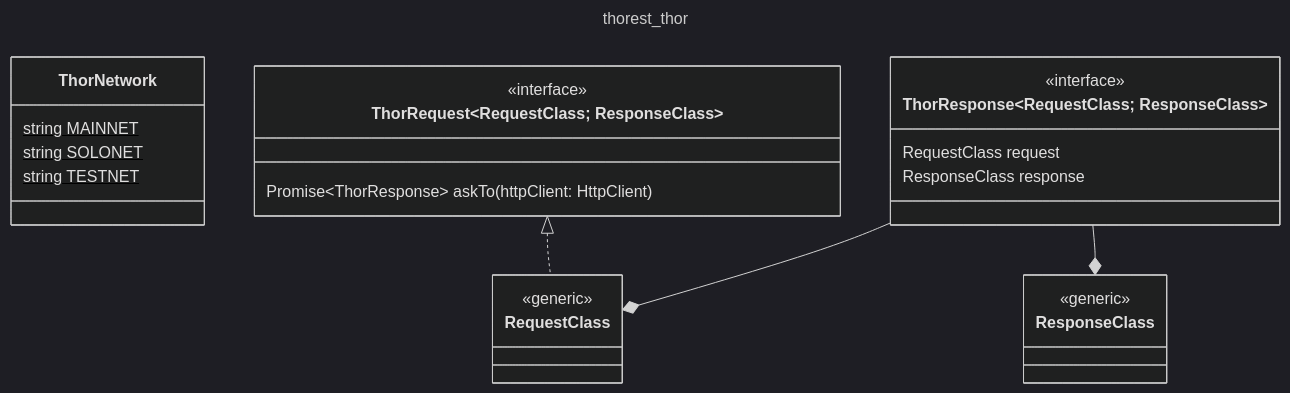
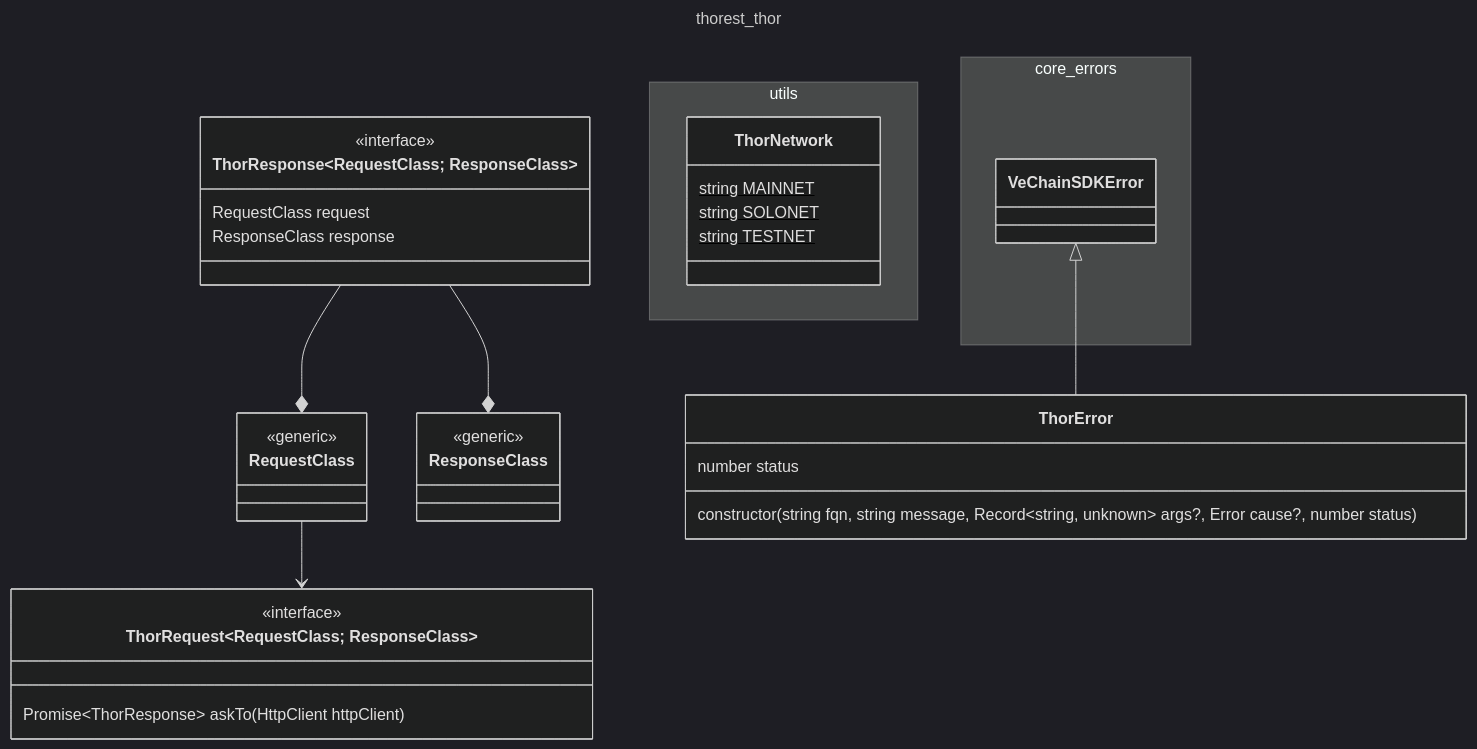
The diagram in docs/thorest/thor/thor.mmd (vechain/vechain-sdk-js), drawn with Mermaid (dark theme) before and after one commit. The commit also changed 3 other files, not shown here.

```diff
--- a/docs/thorest/thor/thor.mmd
+++ b/docs/thorest/thor/thor.mmd
@@ -1,28 +1,39 @@
 ---
 title: thorest_thor
 ---
 classDiagram
+    namespace core_errors {
+        class VeChainSDKError {
+        }
+    }
     class RequestClass {
         <<generic>>
     }
     class ResponseClass {
         <<generic>>
     }
-    class ThorNetwork {
-        string MAINNET$
-        string SOLONET$
-        string TESTNET$
+    class ThorError {
+        number status
+        constructor(string fqn, string message, Record~string, unknown~ args?, Error cause?, number status)
+    }
+    namespace utils {
+        class ThorNetwork {
+            string MAINNET$
+            string SOLONET$
+            string TESTNET$
+        }
     }
     class ThorRequest~RequestClass; ResponseClass~ {
         <<interface>>
-        Promise~ThorResponse~ askTo(httpClient: HttpClient)
+        Promise~ThorResponse~ askTo(HttpClient httpClient)
     }
     class ThorResponse~RequestClass; ResponseClass~ {
         <<interface>>
         RequestClass request
         ResponseClass response
     }
     class ThorResponse~RequestClass; ResponseClass~
-    ThorRequest <|.. RequestClass
+    RequestClass --> ThorRequest
     ThorResponse --* RequestClass
     ThorResponse --* ResponseClass
+    VeChainSDKError <|-- ThorError
```
